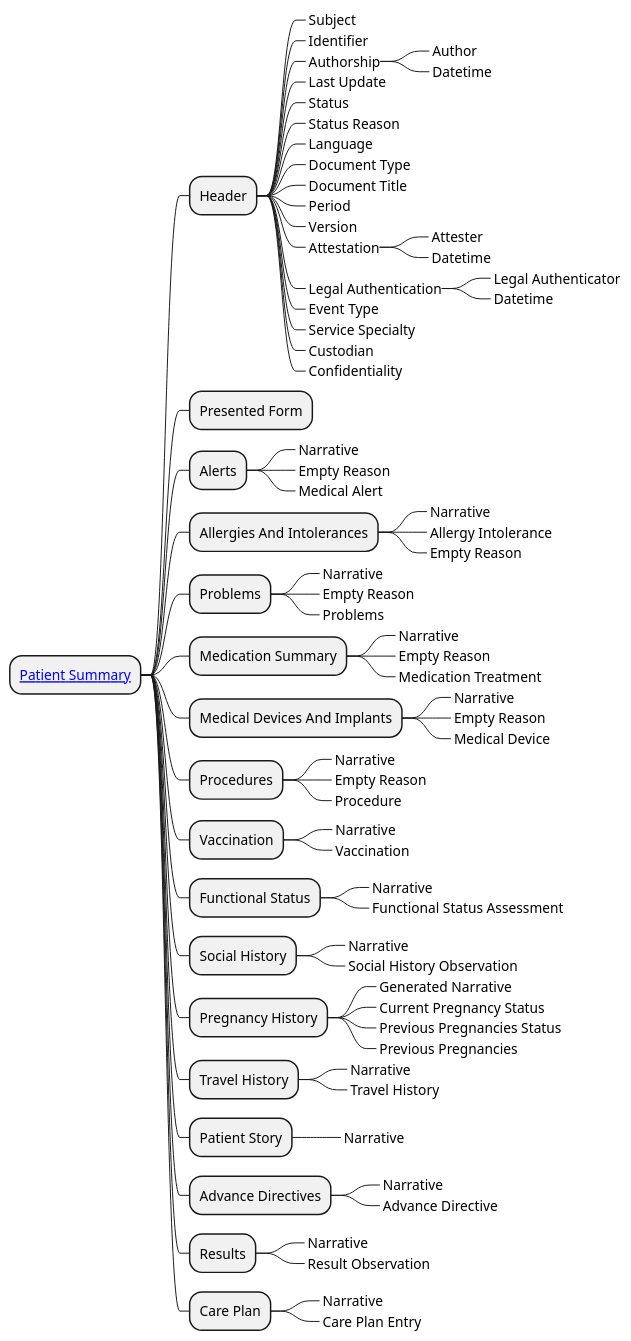
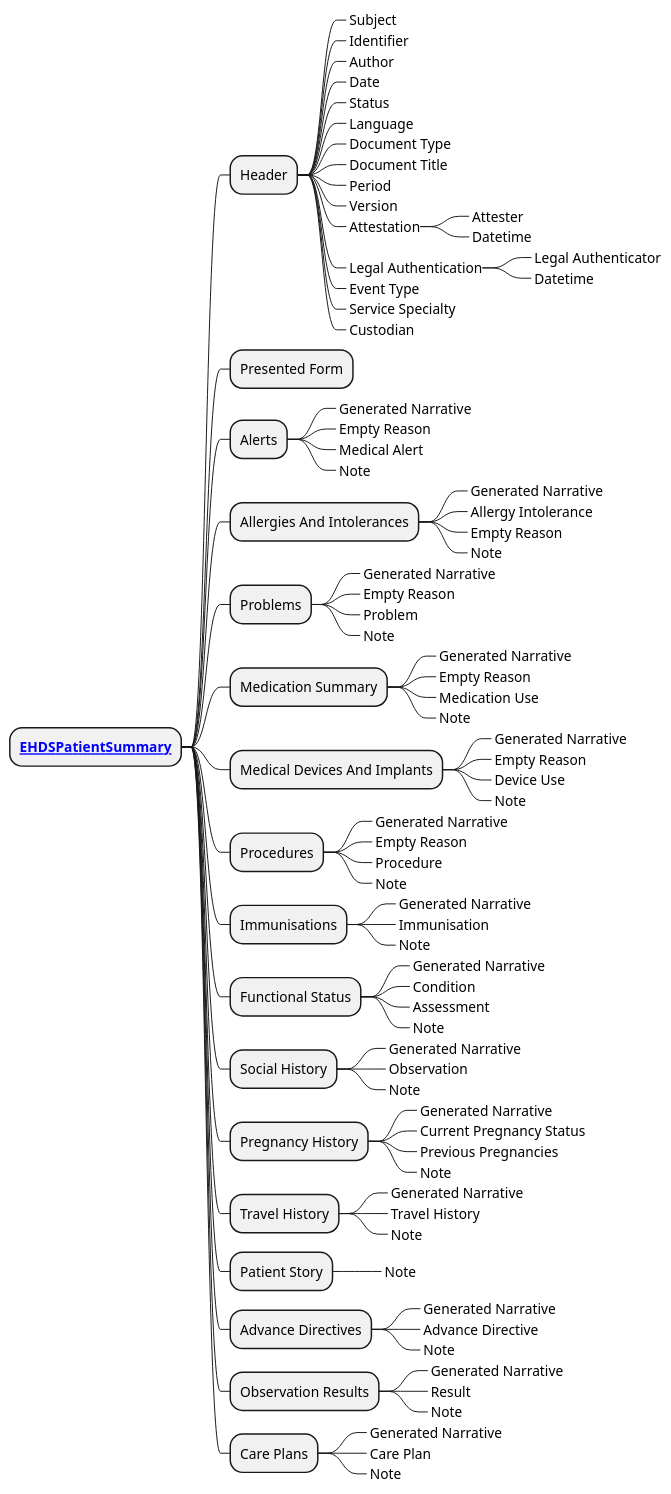
Before and after one commit to Xt-EHR/xt-ehr-common: the diagram in input/images-source/PsReport_CIM.plantuml, drawn with PlantUML. The commit also changed 1 other file, not shown here.

Commit message:
update mindmaps PS, DR

```diff
--- a/input/images-source/PsReport_CIM.plantuml
+++ b/input/images-source/PsReport_CIM.plantuml
@@ -1,81 +1,92 @@
 @startmindmap
 skinparam topurl StructureDefinition-
-* [[EHDSPatientSummary.html Patient Summary]]
+
+* **[[EHDSPatientSummary.html EHDSPatientSummary]]**
 ** Header
 ***_ Subject
 ***_ Identifier
-***_ Authorship
-****_ Author
-****_ Datetime
-***_ Last Update
+***_ Author
+***_ Date
 ***_ Status
-***_ Status Reason
 ***_ Language
 ***_ Document Type
 ***_ Document Title
 ***_ Period
 ***_ Version
 ***_ Attestation
 ****_ Attester
 ****_ Datetime
 ***_ Legal Authentication
 ****_ Legal Authenticator
 ****_ Datetime
 ***_ Event Type
 ***_ Service Specialty
 ***_ Custodian
-***_ Confidentiality
 ** Presented Form
 ** Alerts
-***_ Narrative
+***_ Generated Narrative
 ***_ Empty Reason
 ***_ Medical Alert
+***_ Note
 ** Allergies And Intolerances
-***_ Narrative
+***_ Generated Narrative
 ***_ Allergy Intolerance
 ***_ Empty Reason
+***_ Note
 ** Problems
-***_ Narrative
+***_ Generated Narrative
 ***_ Empty Reason
-***_ Problems
+***_ Problem
+***_ Note
 ** Medication Summary
-***_ Narrative
+***_ Generated Narrative
 ***_ Empty Reason
-***_ Medication Treatment
+***_ Medication Use
+***_ Note
 ** Medical Devices And Implants
-***_ Narrative
+***_ Generated Narrative
 ***_ Empty Reason
-***_ Medical Device
+***_ Device Use
+***_ Note
 ** Procedures
-***_ Narrative
+***_ Generated Narrative
 ***_ Empty Reason
 ***_ Procedure
-** Vaccination
-***_ Narrative
-***_ Vaccination
+***_ Note
+** Immunisations
+***_ Generated Narrative
+***_ Immunisation
+***_ Note
 ** Functional Status
-***_ Narrative
-***_ Functional Status Assessment
+***_ Generated Narrative
+***_ Condition
+***_ Assessment
+***_ Note
 ** Social History
-***_ Narrative
-***_ Social History Observation
+***_ Generated Narrative
+***_ Observation
+***_ Note
 ** Pregnancy History
 ***_ Generated Narrative
 ***_ Current Pregnancy Status
-***_ Previous Pregnancies Status
 ***_ Previous Pregnancies
+***_ Note
 ** Travel History
-***_ Narrative
+***_ Generated Narrative
 ***_ Travel History
+***_ Note
 ** Patient Story
-***_ Narrative
+***_ Note
 ** Advance Directives
-***_ Narrative
+***_ Generated Narrative
 ***_ Advance Directive
-** Results
-***_ Narrative
-***_ Result Observation
-** Care Plan
-***_ Narrative
-***_ Care Plan Entry
+***_ Note
+** Observation Results
+***_ Generated Narrative
+***_ Result
+***_ Note
+** Care Plans
+***_ Generated Narrative
+***_ Care Plan
+***_ Note
 @endmindmap
```
